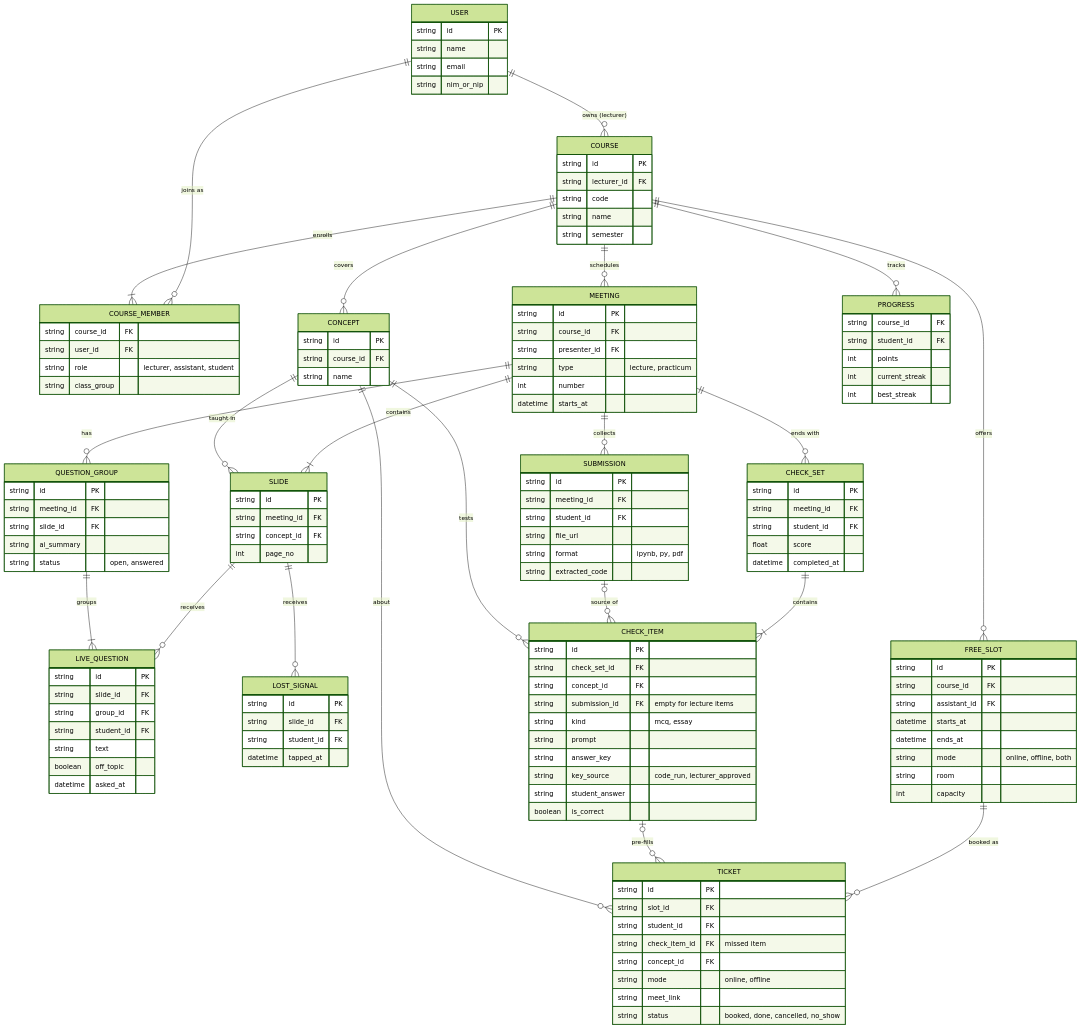
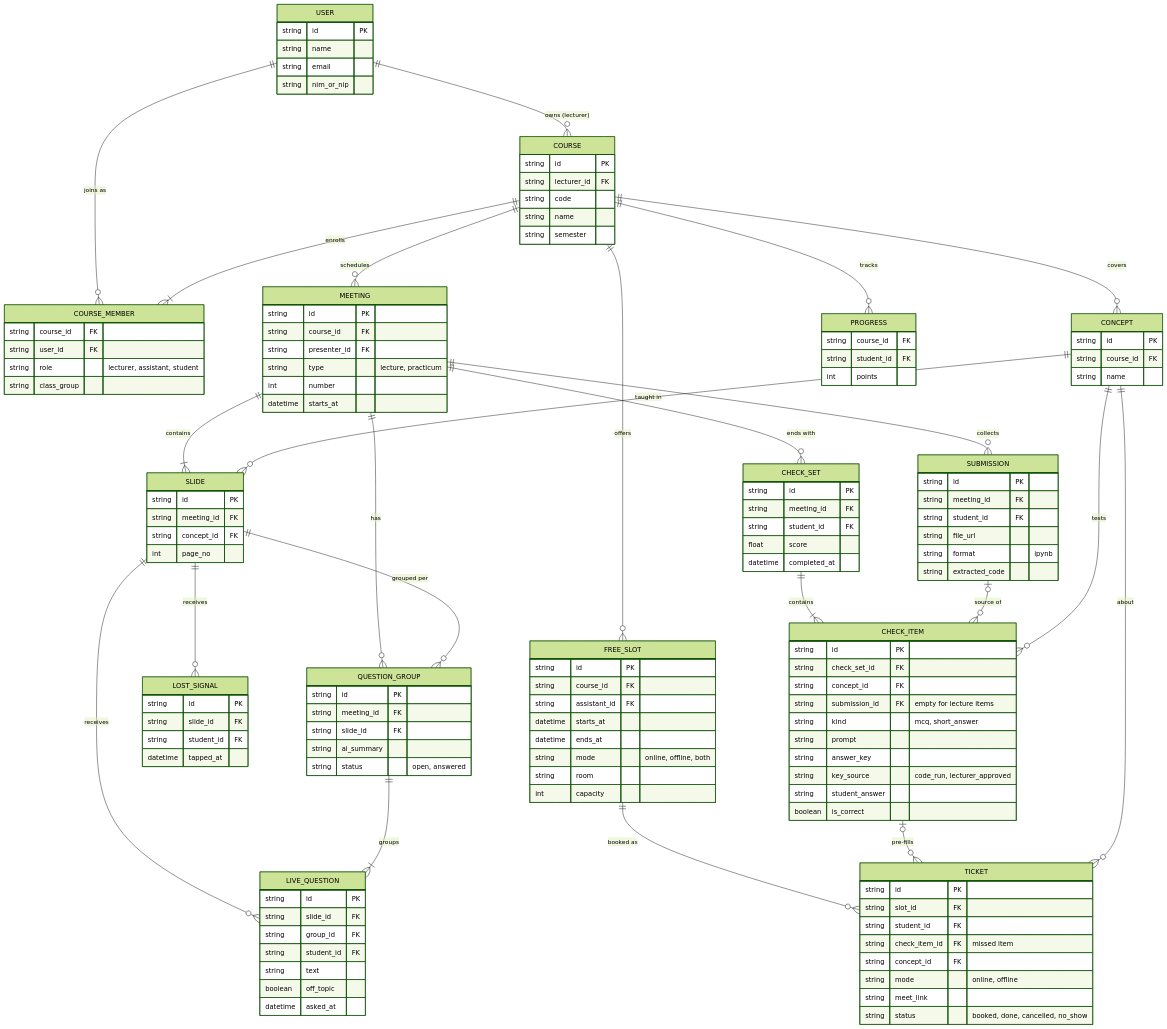
Before and after one commit to LhoWann/WoMenBuyiyang: the diagram in submission/diagrams/erd.mmd, drawn with Mermaid (forest theme). The commit also changed 24 other files, not shown here.

```diff
--- a/submission/diagrams/erd.mmd
+++ b/submission/diagrams/erd.mmd
@@ -1,137 +1,136 @@
 erDiagram
     USER ||--o{ COURSE : "owns (lecturer)"
     USER ||--o{ COURSE_MEMBER : "joins as"
     COURSE ||--|{ COURSE_MEMBER : enrolls
     COURSE ||--o{ MEETING : schedules
     COURSE ||--o{ CONCEPT : covers
     MEETING ||--|{ SLIDE : contains
     MEETING ||--o{ QUESTION_GROUP : has
+    SLIDE ||--o{ QUESTION_GROUP : "grouped per"
     SLIDE ||--o{ LIVE_QUESTION : receives
     QUESTION_GROUP ||--|{ LIVE_QUESTION : groups
     SLIDE ||--o{ LOST_SIGNAL : receives
     CONCEPT ||--o{ SLIDE : "taught in"
     MEETING ||--o{ CHECK_SET : "ends with"
     MEETING ||--o{ SUBMISSION : collects
     CHECK_SET ||--|{ CHECK_ITEM : contains
     SUBMISSION |o--o{ CHECK_ITEM : "source of"
     CONCEPT ||--o{ CHECK_ITEM : tests
     COURSE ||--o{ FREE_SLOT : offers
     FREE_SLOT ||--o{ TICKET : "booked as"
     CHECK_ITEM |o--o{ TICKET : "pre-fills"
     CONCEPT ||--o{ TICKET : about
     COURSE ||--o{ PROGRESS : tracks
 
     USER {
         string id PK
         string name
         string email
         string nim_or_nip
     }
     COURSE {
         string id PK
         string lecturer_id FK
         string code
         string name
         string semester
     }
     COURSE_MEMBER {
         string course_id FK
         string user_id FK
         string role "lecturer, assistant, student"
         string class_group
     }
     MEETING {
         string id PK
         string course_id FK
         string presenter_id FK
         string type "lecture, practicum"
         int number
         datetime starts_at
     }
     CONCEPT {
         string id PK
         string course_id FK
         string name
     }
     SLIDE {
         string id PK
         string meeting_id FK
         string concept_id FK
         int page_no
     }
     QUESTION_GROUP {
         string id PK
         string meeting_id FK
         string slide_id FK
         string ai_summary
         string status "open, answered"
     }
     LIVE_QUESTION {
         string id PK
         string slide_id FK
         string group_id FK
         string student_id FK
         string text
         boolean off_topic
         datetime asked_at
     }
     LOST_SIGNAL {
         string id PK
         string slide_id FK
         string student_id FK
         datetime tapped_at
     }
     SUBMISSION {
         string id PK
         string meeting_id FK
         string student_id FK
         string file_url
-        string format "ipynb, py, pdf"
+        string format "ipynb"
         string extracted_code
     }
     CHECK_SET {
         string id PK
         string meeting_id FK
         string student_id FK
         float score
         datetime completed_at
     }
     CHECK_ITEM {
         string id PK
         string check_set_id FK
         string concept_id FK
         string submission_id FK "empty for lecture items"
-        string kind "mcq, essay"
+        string kind "mcq, short_answer"
         string prompt
         string answer_key
         string key_source "code_run, lecturer_approved"
         string student_answer
         boolean is_correct
     }
     PROGRESS {
         string course_id FK
         string student_id FK
         int points
-        int current_streak
-        int best_streak
     }
     FREE_SLOT {
         string id PK
         string course_id FK
         string assistant_id FK
         datetime starts_at
         datetime ends_at
         string mode "online, offline, both"
         string room
         int capacity
     }
     TICKET {
         string id PK
         string slot_id FK
         string student_id FK
         string check_item_id FK "missed item"
         string concept_id FK
         string mode "online, offline"
         string meet_link
         string status "booked, done, cancelled, no_show"
     }
```
